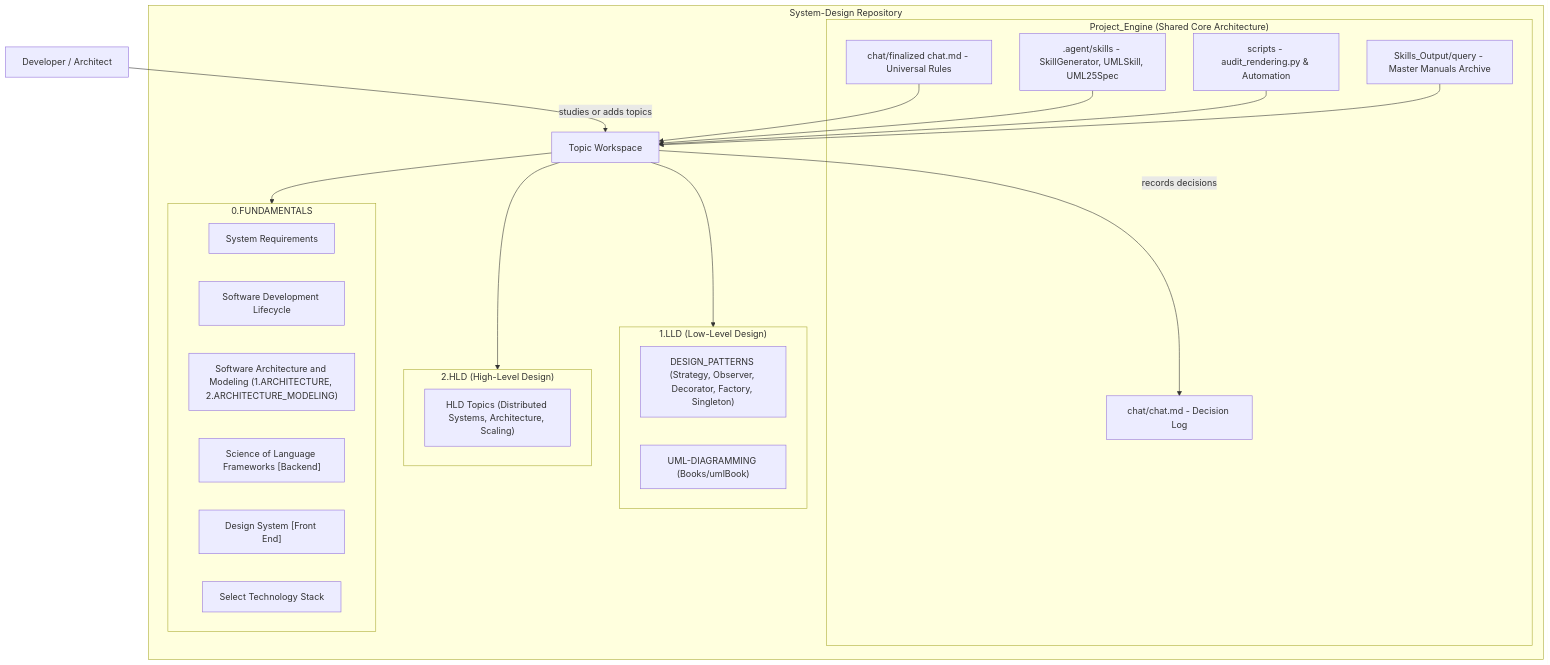
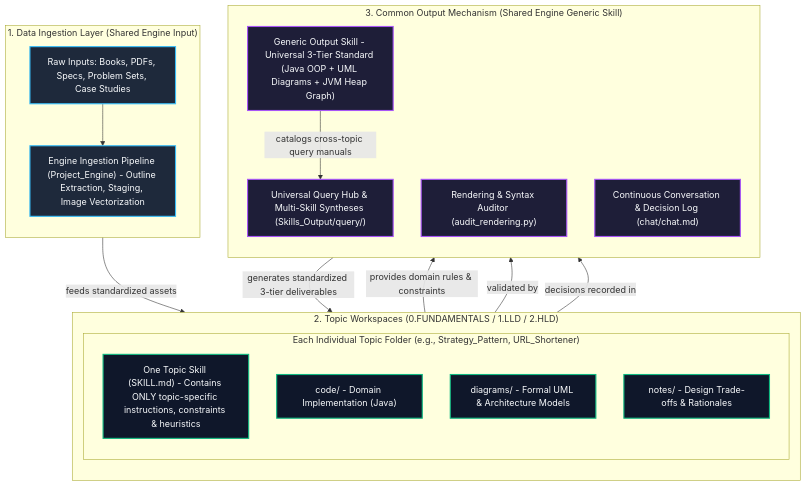
Before and after one commit to AkmKawser/System-Design: the first of 2 diagrams in README.md, drawn with Mermaid. The commit also changed other lines of this file and 3 other files, not shown here.

Commit message:
docs(architecture): refactor root README with engine ingestion/generic-output and topic skill decoupling

````diff
--- a/README.md
+++ b/README.md
@@ -11,37 +21,41 @@
 ```mermaid
 flowchart TD
-    USER["Developer / Architect"] -->|"studies or adds topics"| TOPIC
-    subgraph REPO["System-Design Repository"]
-        subgraph ENGINE["Project_Engine (Shared Core Architecture)"]
-            RULES["chat/finalized chat.md - Universal Rules"]
-            SKILLS[".agent/skills - SkillGenerator, UMLSkill, UML25Spec"]
-            TOOLS["scripts - audit_rendering.py & Automation"]
-            OUT["Skills_Output/query - Master Manuals Archive"]
-            LOG["chat/chat.md - Decision Log"]
+    subgraph INGEST["1. Data Ingestion Layer (Shared Engine Input)"]
+        direction TB
+        RawAssets["Raw Inputs: Books, PDFs, Specs, Problem Sets, Case Studies"]
+        IngestionEngine["Engine Ingestion Pipeline (Project_Engine) - Outline Extraction, Staging, Image Vectorization"]
+        RawAssets --> IngestionEngine
+    end
+
+    subgraph TOPICS["2. Topic Workspaces (0.FUNDAMENTALS / 1.LLD / 2.HLD)"]
+        direction TB
+        subgraph TopicWorkspace["Each Individual Topic Folder (e.g., Strategy_Pattern, URL_Shortener)"]
+            TopicSkill["One Topic Skill (SKILL.md) - Contains ONLY topic-specific instructions, constraints & heuristics"]
+            TopicCode["code/ - Domain Implementation (Java)"]
+            TopicDiag["diagrams/ - Formal UML & Architecture Models"]
+            TopicNotes["notes/ - Design Trade-offs & Rationales"]
         end
-        subgraph LLD["1.LLD (Low-Level Design)"]
-            DP["DESIGN_PATTERNS (Strategy, Observer, Decorator, Factory, Singleton)"]
-            UD["UML-DIAGRAMMING (Books/umlBook)"]
-        end
-        subgraph HLD["2.HLD (High-Level Design)"]
-            HN["HLD Topics (Distributed Systems, Architecture, Scaling)"]
-        end
-        subgraph FUND["0.FUNDAMENTALS"]
-            F0["System Requirements"]
-            F1["Software Development Lifecycle"]
-            F2["Software Architecture and Modeling (1.ARCHITECTURE, 2.ARCHITECTURE_MODELING)"]
-            F3["Science of Language Frameworks [Backend]"]
-            F4["Design System [Front End]"]
-            F5["Select Technology Stack"]
-        end
-        TOPIC["Topic Workspace"]
     end
-    RULES --> TOPIC
-    SKILLS --> TOPIC
-    TOOLS --> TOPIC
-    OUT --> TOPIC
-    TOPIC --> FUND
-    TOPIC --> LLD
-    TOPIC --> HLD
-    TOPIC -->|"records decisions"| LOG
+
+    subgraph ENGINE["3. Common Output Mechanism (Shared Engine Generic Skill)"]
+        direction TB
+        GenericOutput["Generic Output Skill - Universal 3-Tier Standard (Java OOP + UML Diagrams + JVM Heap Graph)"]
+        Auditor["Rendering & Syntax Auditor (audit_rendering.py)"]
+        QueryHub["Universal Query Hub & Multi-Skill Syntheses (Skills_Output/query/)"]
+        DecisionLog["Continuous Conversation & Decision Log (chat/chat.md)"]
+    end
+
+    IngestionEngine -->|"feeds standardized assets"| TopicWorkspace
+    TopicSkill -->|"provides domain rules & constraints"| GenericOutput
+    GenericOutput -->|"generates standardized 3-tier deliverables"| TopicWorkspace
+    GenericOutput -->|"catalogs cross-topic query manuals"| QueryHub
+    TopicWorkspace -->|"validated by"| Auditor
+    TopicWorkspace -->|"decisions recorded in"| DecisionLog
+
+    classDef core fill:#1e293b,stroke:#38bdf8,stroke-width:2px,color:#f8fafc;
+    classDef topic fill:#0f172a,stroke:#10b981,stroke-width:2px,color:#f8fafc;
+    classDef engine fill:#1e1e38,stroke:#a855f7,stroke-width:2px,color:#f8fafc;
+    class RawAssets,IngestionEngine core;
+    class TopicSkill,TopicCode,TopicDiag,TopicNotes topic;
+    class GenericOutput,Auditor,QueryHub,DecisionLog engine;
 ```
````
